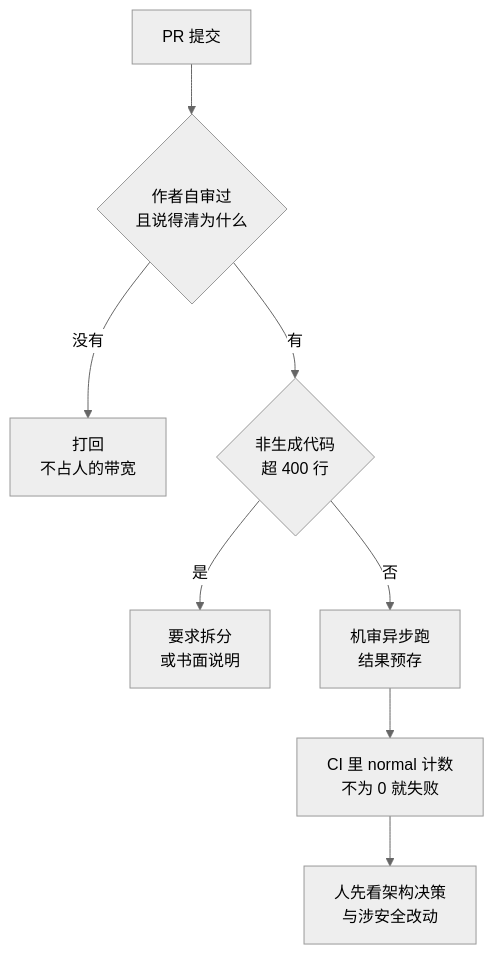
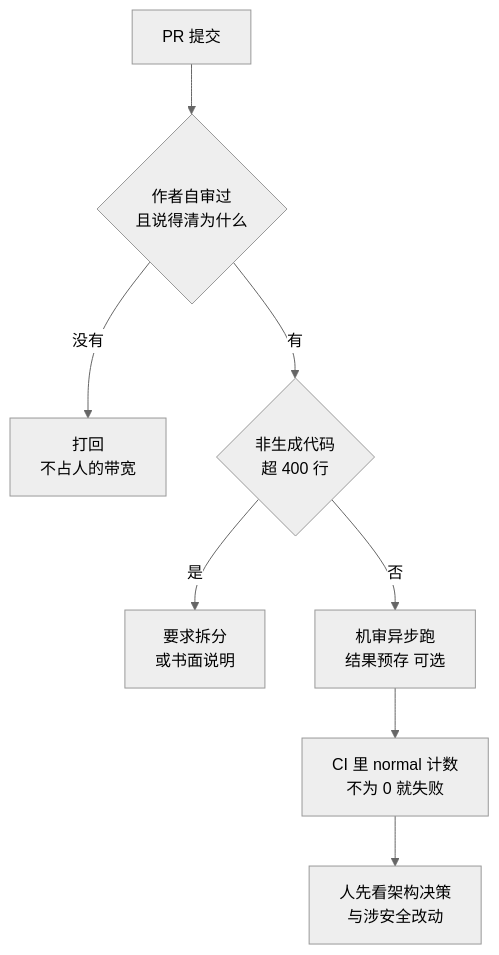
Before and after one commit to BigKunLun/AI-Coding-Playbook: the diagram in 06-工程协作/053-AI的PR太大没法review.md, drawn with Mermaid (neutral theme). The commit also changed other lines of this file and 5 other files, not shown here.

````diff
--- a/06-工程协作/053-AI的PR太大没法review.md
+++ b/06-工程协作/053-AI的PR太大没法review.md
@@ -16,10 +16,10 @@
 ```mermaid
 flowchart TD
     A[PR 提交] --> B{作者自审过<br/>且说得清为什么}
     B -->|没有| C[打回<br/>不占人的带宽]
     B -->|有| D{非生成代码<br/>超 400 行}
     D -->|是| E[要求拆分<br/>或书面说明]
-    D -->|否| F[机审异步跑<br/>结果预存]
+    D -->|否| F[机审异步跑<br/>结果预存 可选]
     F --> G["CI 里 normal 计数<br/>不为 0 就失败"]
     G --> H[人先看架构决策<br/>与涉安全改动]
 ```
````
